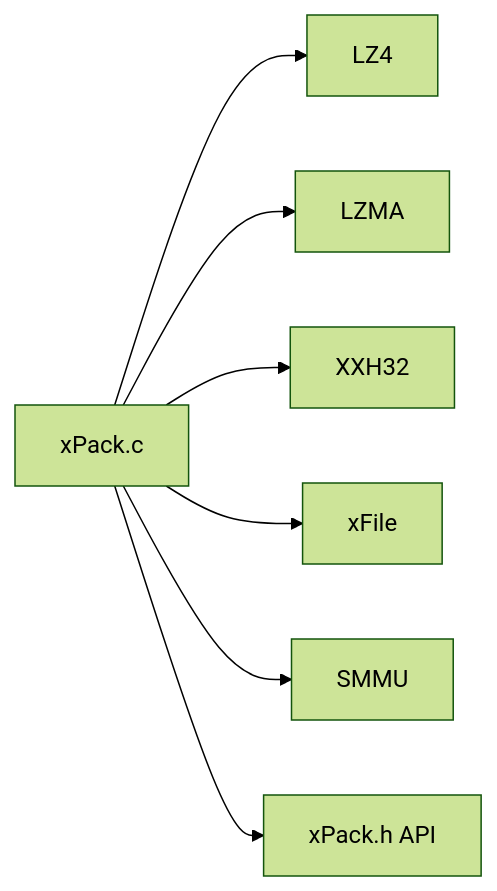
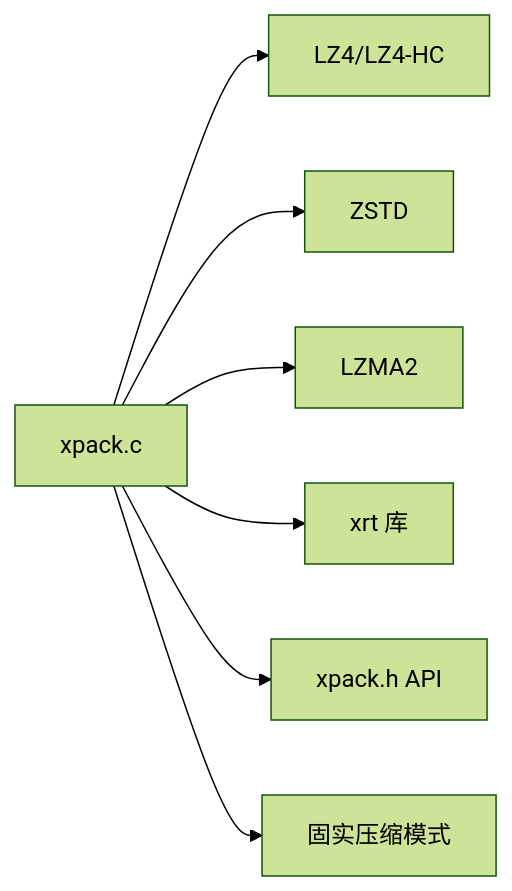
The seventh of 7 diagrams in .qoder/repowiki/zh/content/文件包模式详解/文件包模式详解.md (xywhsoft/xpack), drawn with Mermaid (forest theme) before and after one commit. The commit also changed other lines of this file and 23 other files, not shown here.

````diff
--- a/.qoder/repowiki/zh/content/文件包模式详解/文件包模式详解.md
+++ b/.qoder/repowiki/zh/content/文件包模式详解/文件包模式详解.md
@@ -259,9 +277,9 @@
 ```mermaid
 graph LR
-XPK["xPack.c"] --> LZ4["LZ4"]
-XPK --> LZMA["LZMA"]
-XPK --> XXH["XXH32"]
-XPK --> XFILE["xFile"]
-XPK --> SMM["SMMU"]
-XPK --> API["xPack.h API"]
+XPK["xpack.c"] --> LZ4["LZ4/LZ4-HC"]
+XPK --> ZSTD["ZSTD"]
+XPK --> LZMA["LZMA2"]
+XPK --> XRT["xrt 库"]
+XPK --> API["xpack.h API"]
+XPK --> SOLID["固实压缩模式"]
 ```
````
